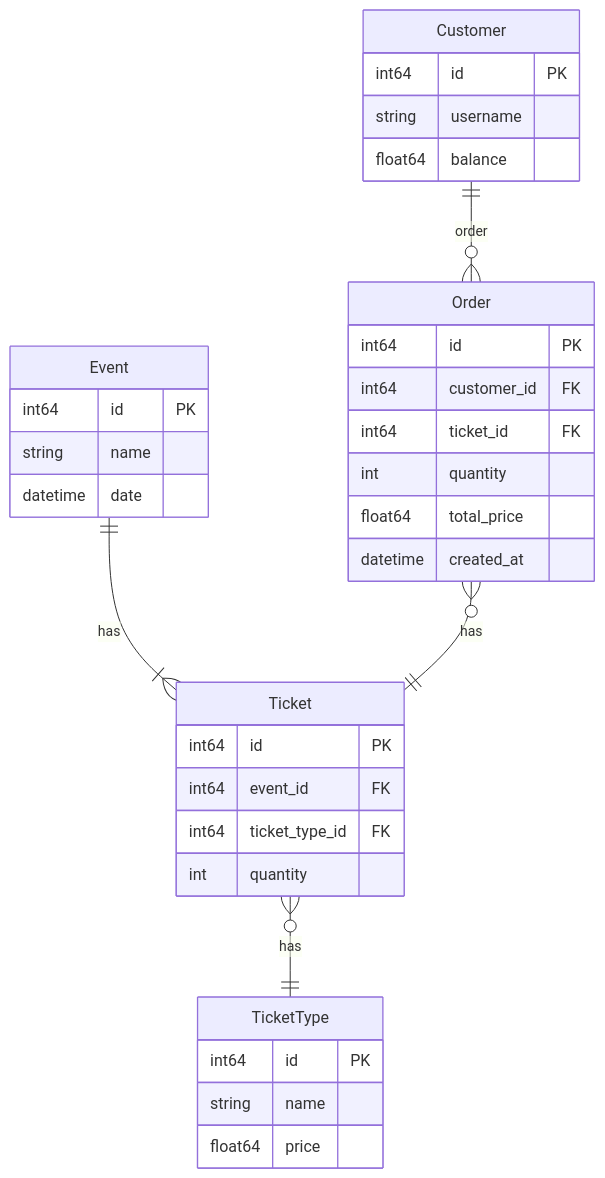
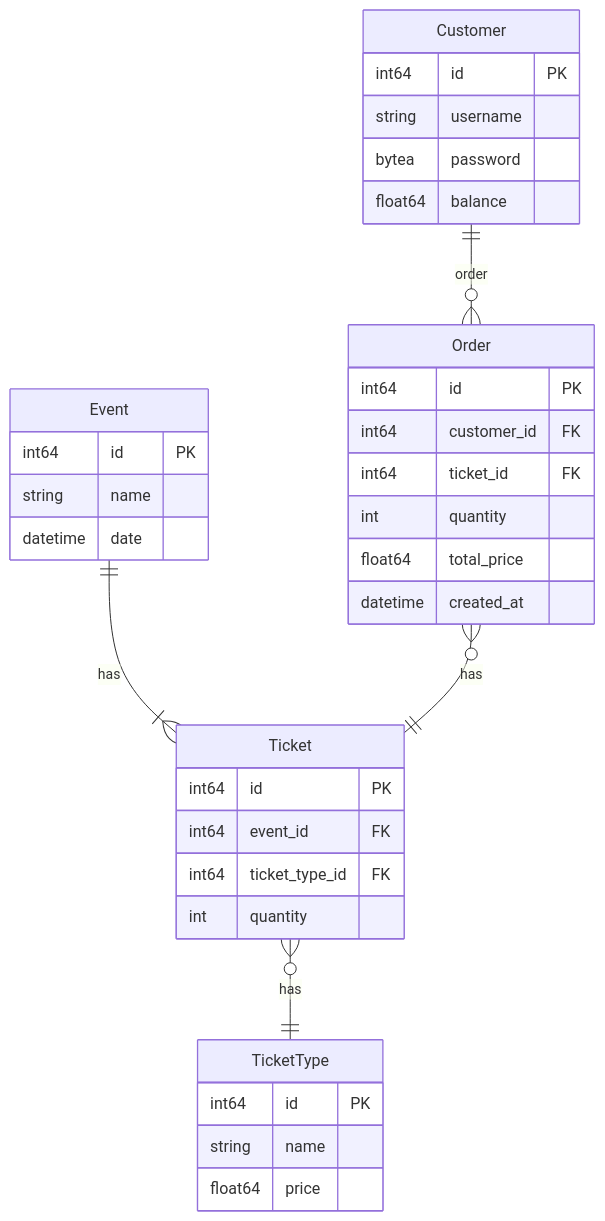
Before and after one commit to nadiannis/evento-api-fr-auth: the diagram in README.md, drawn with Mermaid. The commit also changed other lines of this file, not shown here.

````diff
--- a/README.md
+++ b/README.md
@@ -84,36 +86,37 @@
 ```mermaid
 erDiagram
     Customer ||--o{ Order : order
     Customer {
         int64 id PK
         string username
+        bytea password
         float64 balance
     }
     Ticket }o--|| TicketType : has
     TicketType {
         int64 id PK
         string name
         float64 price
     }
     Event ||--|{ Ticket : has
     Event {
         int64 id PK
         string name
         datetime date
     }
     Order }o--|| Ticket : has
     Ticket {
         int64 id PK
         int64 event_id FK
         int64 ticket_type_id FK
         int quantity
     }
     Order {
         int64 id PK
         int64 customer_id FK
         int64 ticket_id FK
         int quantity
         float64 total_price
         datetime created_at
     }
 ```
````
